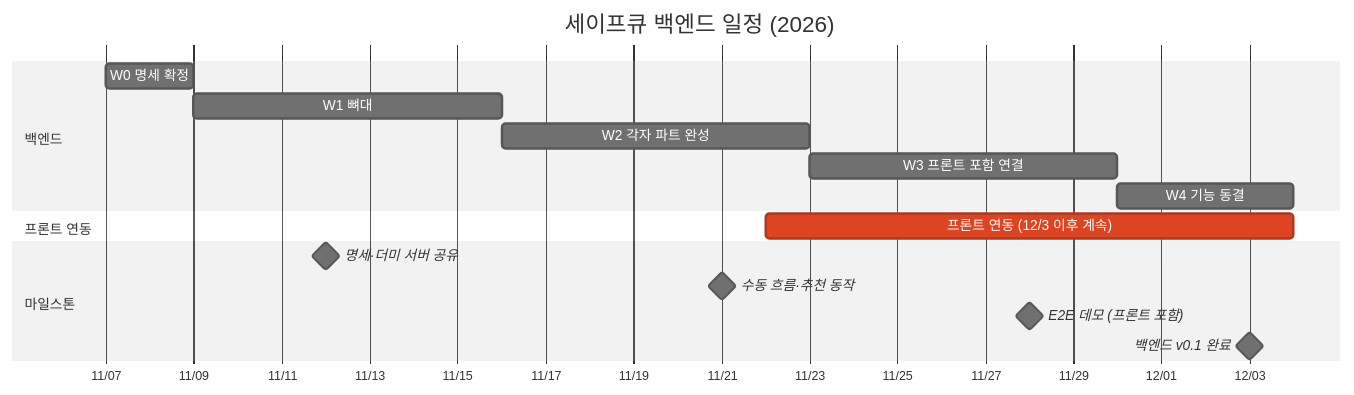
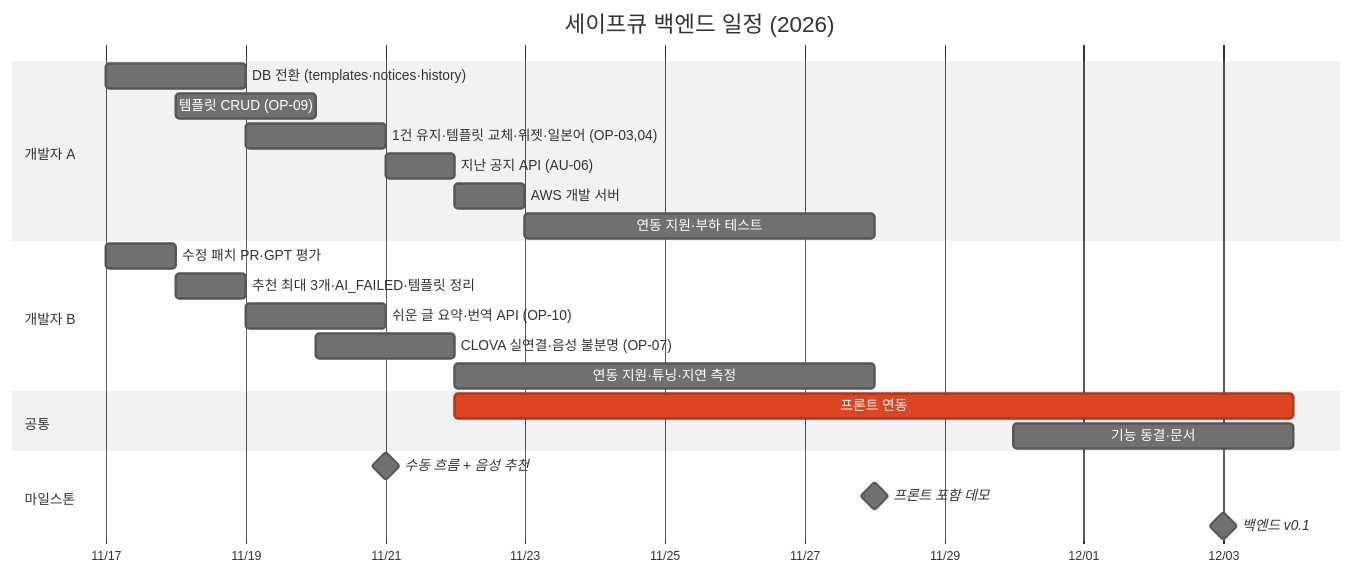
Before and after one commit to eunjinpk/kakao_back: the second of 2 diagrams in README.md, drawn with Mermaid (neutral theme). The commit also changed other lines of this file, not shown here.

````diff
--- a/README.md
+++ b/README.md
@@ -226,22 +348,30 @@
 ```mermaid
 gantt
     title 세이프큐 백엔드 일정 (2026)
     dateFormat YYYY-MM-DD
     axisFormat %m/%d
 
-    section 백엔드
-    W0 명세 확정            :w0, 2026-11-07, 2d
-    W1 뼈대                 :w1, 2026-11-09, 7d
-    W2 각자 파트 완성        :w2, 2026-11-16, 7d
-    W3 프론트 포함 연결      :w3, 2026-11-23, 7d
-    W4 기능 동결            :w4, 2026-11-30, 4d
+    section 개발자 A
+    DB 전환 (templates·notices·history)   :a1, 2026-11-17, 2d
+    템플릿 CRUD (OP-09)                   :a2, 2026-11-18, 2d
+    1건 유지·템플릿 교체·위젯·일본어 (OP-03,04)   :a3, 2026-11-19, 2d
+    지난 공지 API (AU-06)                 :a4, 2026-11-21, 1d
+    AWS 개발 서버                         :a5, 2026-11-22, 1d
+    연동 지원·부하 테스트                  :a6, 2026-11-23, 5d
 
-    section 프론트 연동
-    프론트 연동 (12/3 이후 계속) :crit, fe, 2026-11-22, 12d
+    section 개발자 B
+    수정 패치 PR·GPT 평가                 :b1, 2026-11-17, 1d
+    추천 최대 3개·AI_FAILED·템플릿 정리     :b2, 2026-11-18, 1d
+    쉬운 글 요약·번역 API (OP-10)          :b3, 2026-11-19, 2d
+    CLOVA 실연결·음성 불분명 (OP-07)        :b4, 2026-11-20, 2d
+    연동 지원·튜닝·지연 측정                :b5, 2026-11-22, 6d
+
+    section 공통
+    프론트 연동                           :crit, fe, 2026-11-22, 12d
+    기능 동결·문서                         :w4, 2026-11-30, 4d
 
     section 마일스톤
-    명세·더미 서버 공유      :milestone, 2026-11-12, 0d
-    수동 흐름·추천 동작      :milestone, 2026-11-21, 0d
-    E2E 데모 (프론트 포함)   :milestone, 2026-11-28, 0d
-    백엔드 v0.1 완료        :milestone, 2026-12-03, 0d
+    수동 흐름 + 음성 추천                  :milestone, 2026-11-21, 0d
+    프론트 포함 데모                       :milestone, 2026-11-28, 0d
+    백엔드 v0.1                           :milestone, 2026-12-03, 0d
 ```
````
